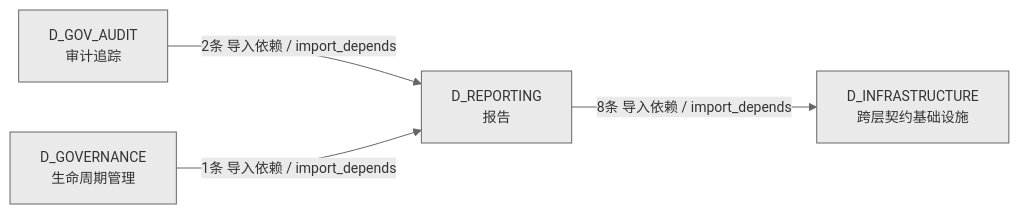
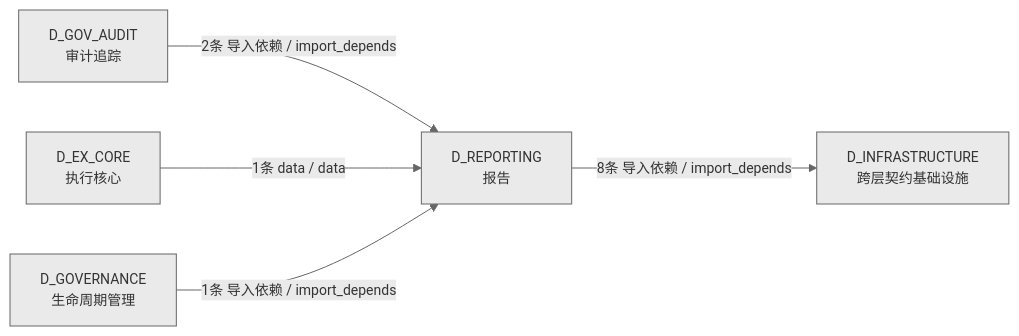
One commit to xuanFelixVan/ZephyrAlpha changed the second of 2 diagrams in docs/02_enterprise_architecture/02_domain_architecture_docs/26_d_reporting.md. Above: the diagram before and after it, drawn with Mermaid. The commit also changed other lines of this file and 76 other files, not shown here.

````diff
--- a/docs/02_enterprise_architecture/02_domain_architecture_docs/26_d_reporting.md
+++ b/docs/02_enterprise_architecture/02_domain_architecture_docs/26_d_reporting.md
@@ -119,11 +111,13 @@
 ```mermaid
 %%{init: {'theme': 'base', 'themeVariables': {'primaryColor': '#eaeaea', 'primaryTextColor': '#333333', 'primaryBorderColor': '#666666', 'lineColor': '#666666', 'secondaryColor': '#eaeaea', 'tertiaryColor': '#eaeaea', 'fontSize': '14px'}}}%%
 graph LR
     D_REPORTING["D_REPORTING<br/>报告"]
     D_INFRASTRUCTURE["D_INFRASTRUCTURE<br/>跨层契约基础设施"]
     D_GOV_AUDIT["D_GOV_AUDIT<br/>审计追踪"]
+    D_EX_CORE["D_EX_CORE<br/>执行核心"]
     D_GOVERNANCE["D_GOVERNANCE<br/>生命周期管理"]
     D_REPORTING -->|8条 导入依赖 / import_depends| D_INFRASTRUCTURE
     D_GOV_AUDIT -->|2条 导入依赖 / import_depends| D_REPORTING
+    D_EX_CORE -->|1条 data / data| D_REPORTING
     D_GOVERNANCE -->|1条 导入依赖 / import_depends| D_REPORTING
 ```
````
